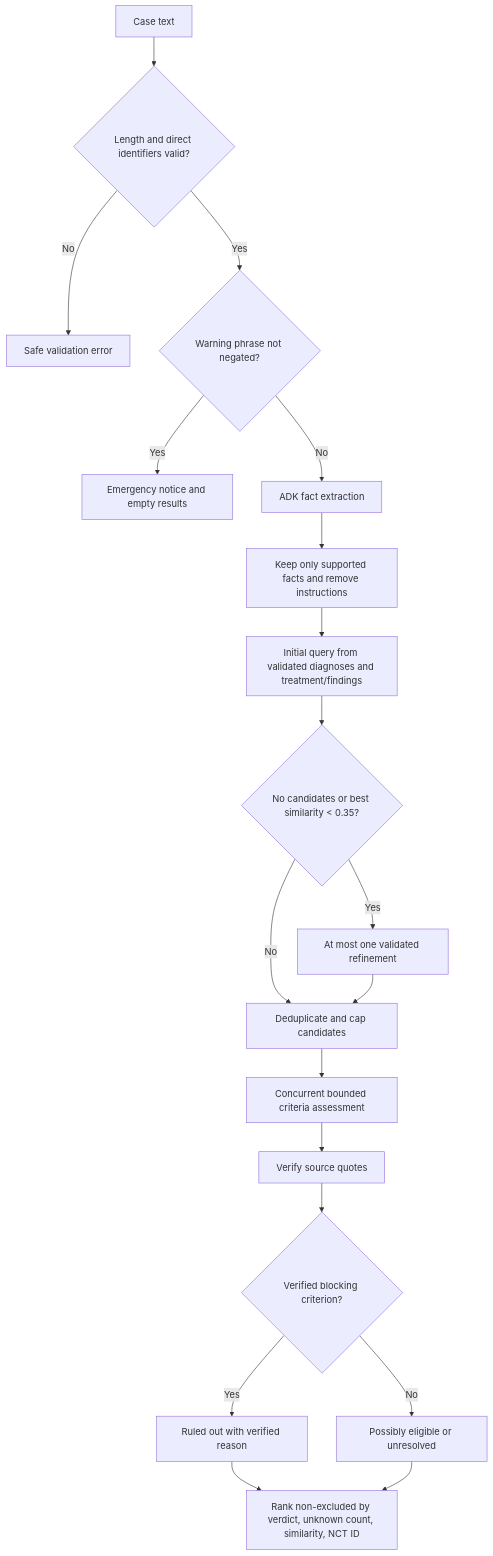
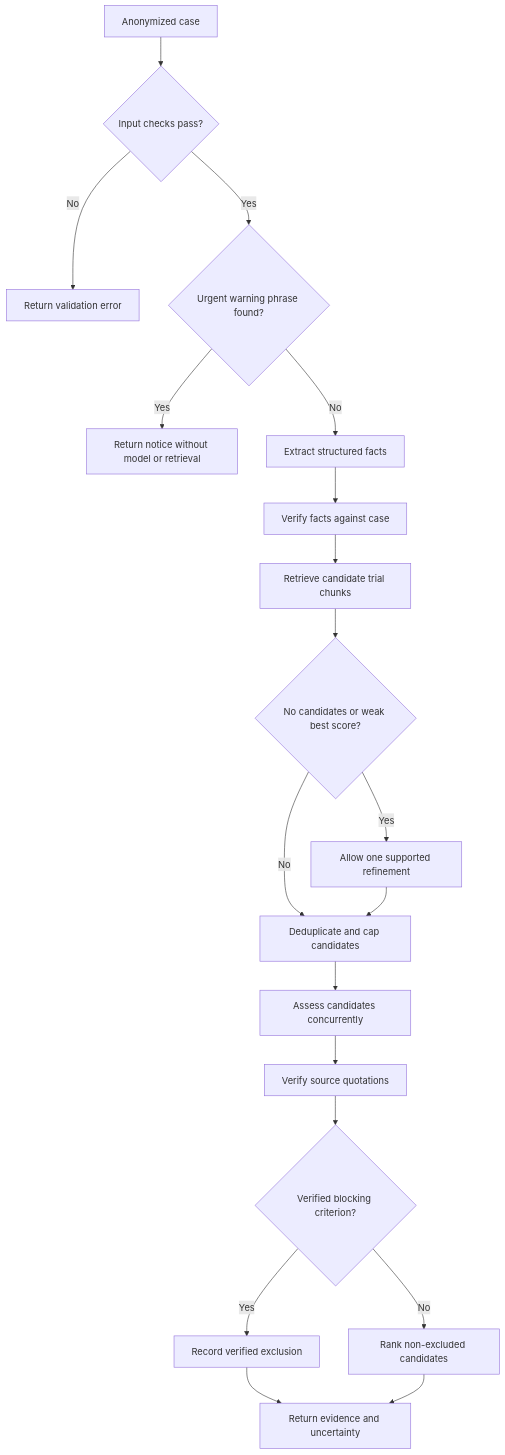
Before and after one commit to Aditya190704/CLINICAL-TRIAL-RAG-: the third of 7 diagrams in ARCHITECTURE.md, drawn with Mermaid. The commit also changed other lines of this file and 26 other files, not shown here.

````diff
--- a/ARCHITECTURE.md
+++ b/ARCHITECTURE.md
@@ -108,21 +99,21 @@
 ```mermaid
 flowchart TD
-    CASE[Case text] --> VALID{Length and direct identifiers valid?}
-    VALID -->|No| ERROR[Safe validation error]
-    VALID -->|Yes| URGENT{Warning phrase not negated?}
-    URGENT -->|Yes| NOTICE[Emergency notice and empty results]
-    URGENT -->|No| EXTRACT[ADK fact extraction]
-    EXTRACT --> SANITIZE[Keep only supported facts and remove instructions]
-    SANITIZE --> SEARCH[Initial query from validated diagnoses and treatment/findings]
-    SEARCH --> QUALITY{No candidates or best similarity < 0.35?}
-    QUALITY -->|Yes| REFINE[At most one validated refinement]
-    QUALITY -->|No| CAP[Deduplicate and cap candidates]
-    REFINE --> CAP
-    CAP --> ASSESS[Concurrent bounded criteria assessment]
-    ASSESS --> VERIFY[Verify source quotes]
-    VERIFY --> BLOCK{Verified blocking criterion?}
-    BLOCK -->|Yes| EXCLUDED[Ruled out with verified reason]
-    BLOCK -->|No| POSSIBLE[Possibly eligible or unresolved]
-    EXCLUDED --> RANK[Rank non-excluded by verdict, unknown count, similarity, NCT ID]
-    POSSIBLE --> RANK
+    Case[Anonymized case] --> Validate{Input checks pass?}
+    Validate -->|No| Reject[Return validation error]
+    Validate -->|Yes| Urgent{Urgent warning phrase found?}
+    Urgent -->|Yes| Notice[Return notice without model or retrieval]
+    Urgent -->|No| Extract[Extract structured facts]
+    Extract --> VerifyFacts[Verify facts against case]
+    VerifyFacts --> Retrieve[Retrieve candidate trial chunks]
+    Retrieve --> Refine{No candidates or weak best score?}
+    Refine -->|Yes| Optional[Allow one supported refinement]
+    Refine -->|No| Cap[Deduplicate and cap candidates]
+    Optional --> Cap
+    Cap --> Assess[Assess candidates concurrently]
+    Assess --> VerifyQuotes[Verify source quotations]
+    VerifyQuotes --> Blocker{Verified blocking criterion?}
+    Blocker -->|Yes| Excluded[Record verified exclusion]
+    Blocker -->|No| Candidate[Rank non-excluded candidates]
+    Excluded --> Result[Return evidence and uncertainty]
+    Candidate --> Result
 ```
````
